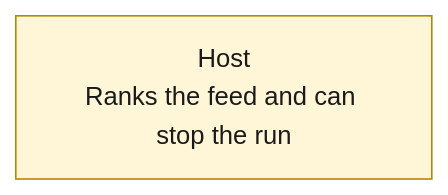
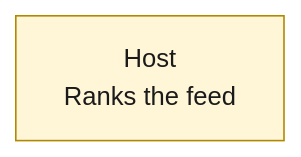
The fifth of 5 diagrams in README.md (samueldotrung03/BearRok), drawn with Mermaid before and after one commit. The commit also changed other lines of this file, not shown here.

````diff
--- a/README.md
+++ b/README.md
@@ -93,6 +109,8 @@
 ```mermaid
+%%{init: {"theme": "base", "themeVariables": {"fontFamily": "Arial, sans-serif", "fontSize": "16px"}}}%%
 flowchart LR
-  h5["Host<br/>Ranks the feed and can stop the run"]
+  h5["Host<br/>Ranks the feed"]
   classDef host fill:#fff6d8,stroke:#b08900,color:#1a1a1a
+  classDef agent fill:#eef2ff,stroke:#3b4cca,color:#1a1a1a
   class h5 host
 ```
````
